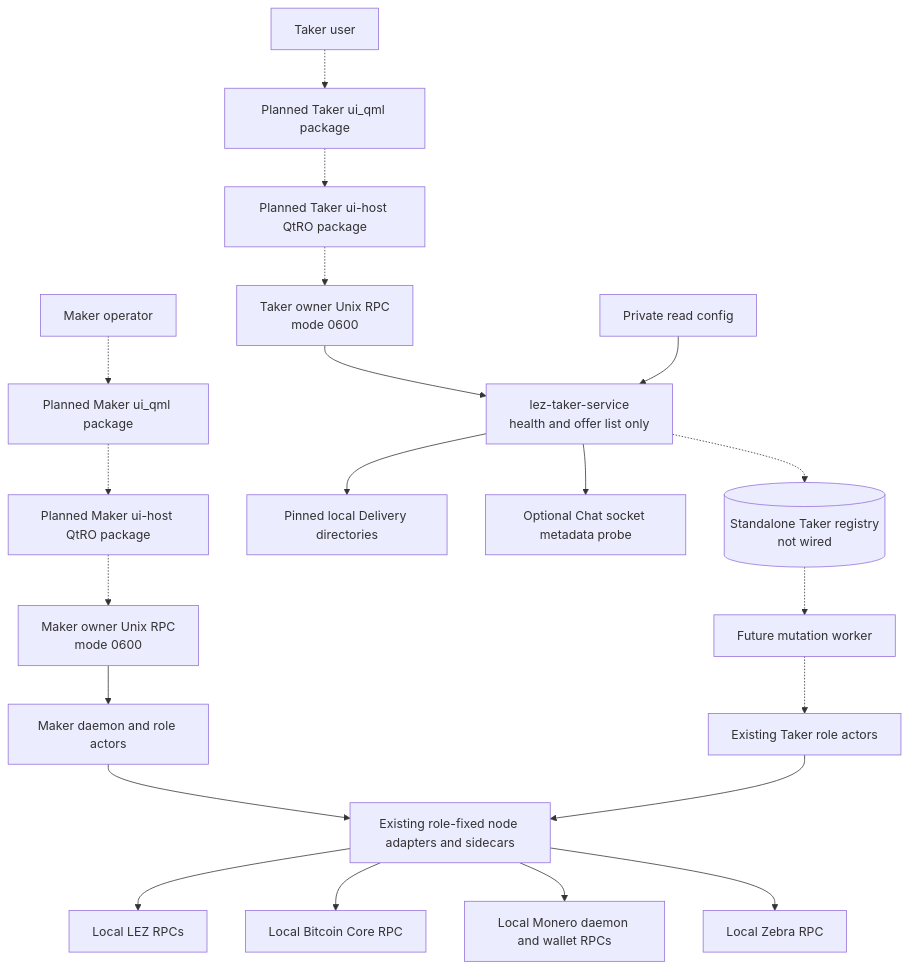
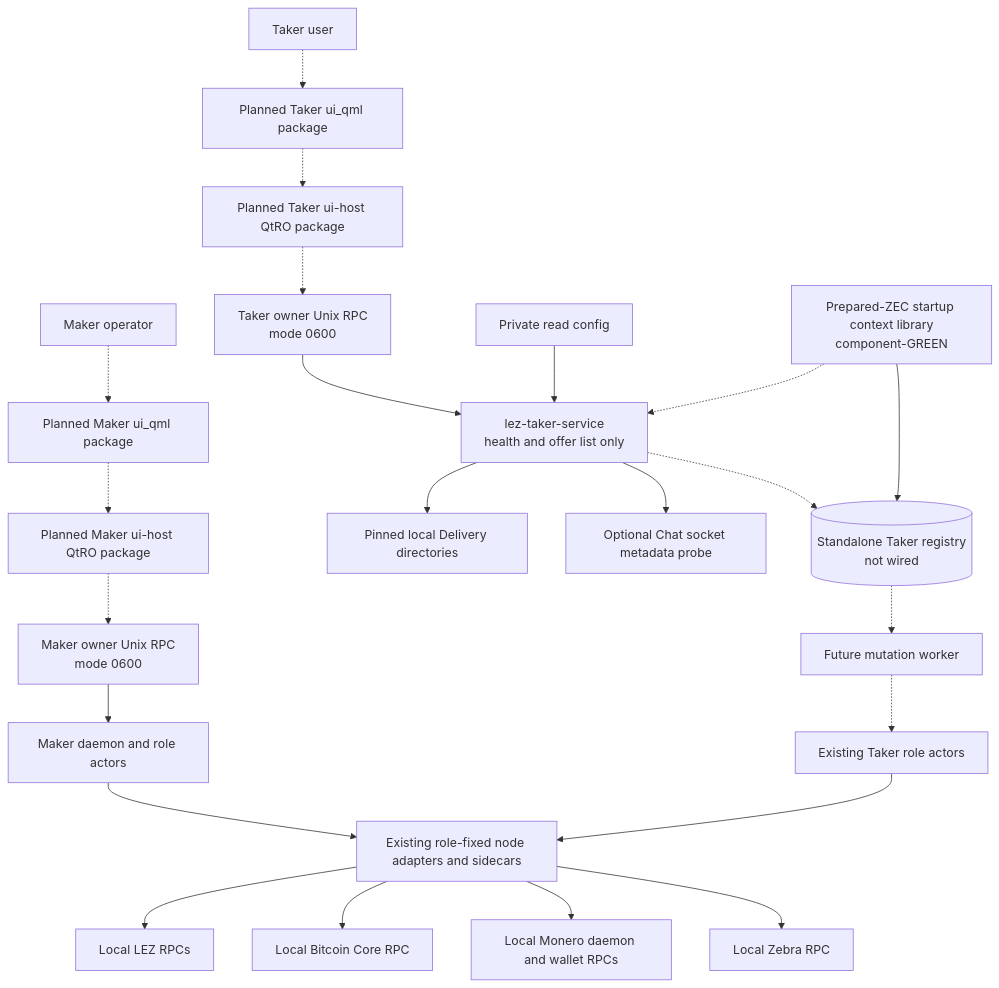
Before and after one commit to gateway-fm/lez-atomic-swaps: the second of 24 diagrams in docs/architecture/deployment-components-and-rpcs.md, drawn with Mermaid. The commit also changed other lines of this file and 10 other files, not shown here.

Commit message:
docs(m6): record prepared ZEC authority boundary

````diff
--- a/docs/architecture/deployment-components-and-rpcs.md
+++ b/docs/architecture/deployment-components-and-rpcs.md
@@ -76,25 +86,27 @@
 ```mermaid
 flowchart TB
     Maker["Maker operator"] -.-> MakerQml["Planned Maker ui_qml package"]
     MakerQml -.-> MakerHost["Planned Maker ui-host QtRO package"]
     MakerHost -.-> OwnerRpc["Maker owner Unix RPC<br/>mode 0600"]
     OwnerRpc --> MakerDaemon["Maker daemon and role actors"]
 
     Taker["Taker user"] -.-> TakerQml["Planned Taker ui_qml package"]
     TakerQml -.-> TakerHost["Planned Taker ui-host QtRO package"]
     TakerHost -.-> TakerSocket["Taker owner Unix RPC<br/>mode 0600"]
     TakerSocket --> TakerService["lez-taker-service<br/>health and offer list only"]
     TakerConfig["Private read config"] --> TakerService
+    PreparedConfig["Prepared-ZEC startup context library<br/>component-GREEN"] -.-> TakerService
+    PreparedConfig --> Registry
     TakerService --> Delivery["Pinned local Delivery directories"]
     TakerService --> ChatProbe["Optional Chat socket metadata probe"]
     TakerService -.-> Registry[("Standalone Taker registry<br/>not wired")]
     Registry -.-> Worker["Future mutation worker"]
     Worker -.-> TakerActors["Existing Taker role actors"]
 
     MakerDaemon --> NodeAdapters["Existing role-fixed node adapters and sidecars"]
     TakerActors --> NodeAdapters
     NodeAdapters --> Lez["Local LEZ RPCs"]
     NodeAdapters --> Bitcoin["Local Bitcoin Core RPC"]
     NodeAdapters --> Monero["Local Monero daemon and wallet RPCs"]
     NodeAdapters --> Zcash["Local Zebra RPC"]
 ```
````
